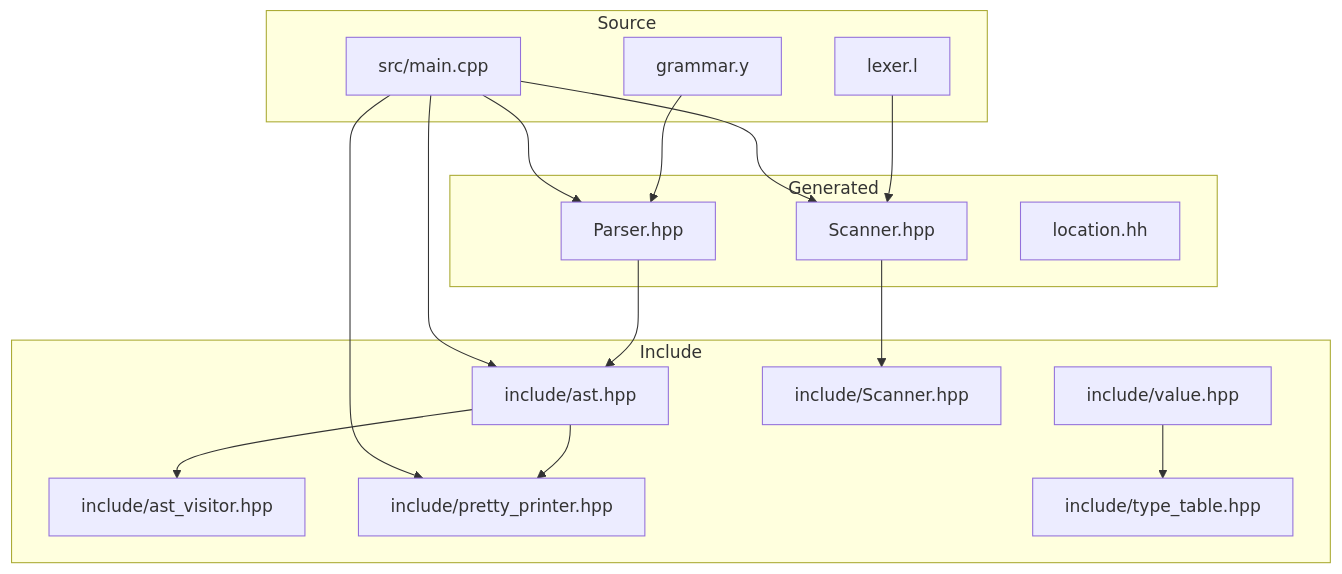
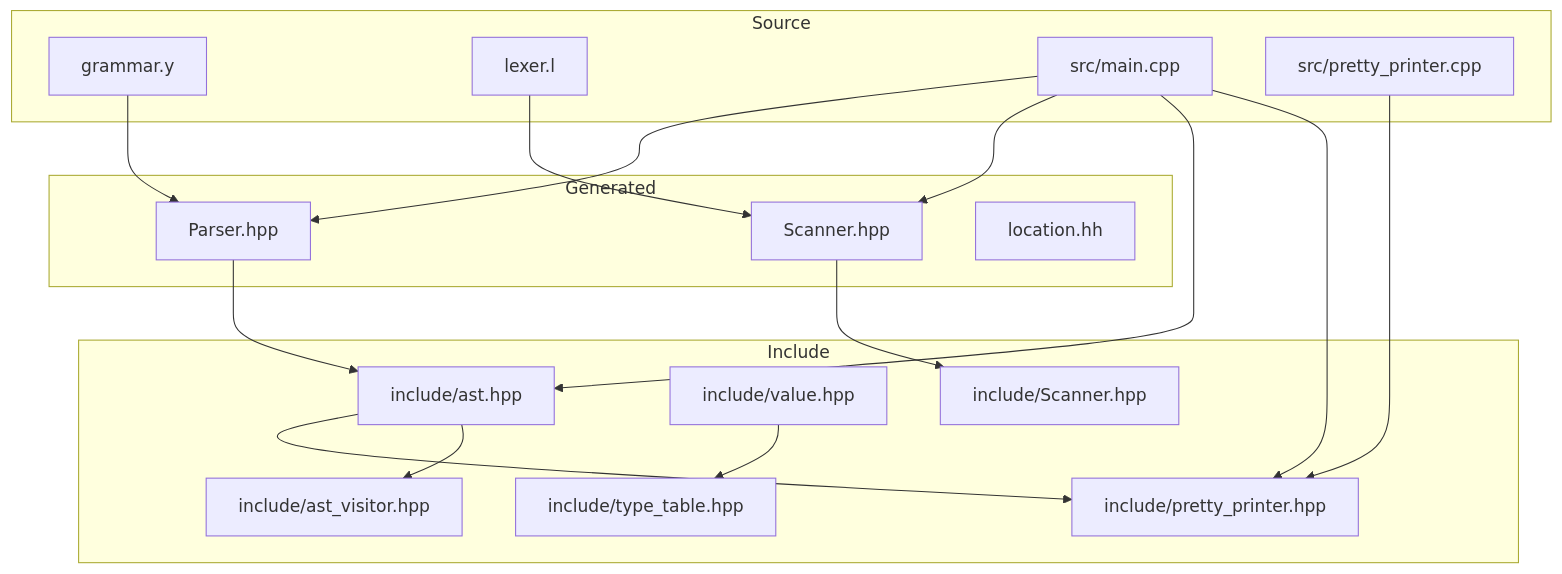
The first of 4 diagrams in .qoder/repowiki/en/content/Language Specification.md (littlebirds/modern_bision), drawn with Mermaid before and after one commit. The commit also changed other lines of this file and 7 other files, not shown here.

````diff
--- a/.qoder/repowiki/en/content/Language Specification.md
+++ b/.qoder/repowiki/en/content/Language Specification.md
@@ -36,32 +39,34 @@
 ```mermaid
 graph TB
 subgraph "Source"
 G["grammar.y"]
 L["lexer.l"]
 M["src/main.cpp"]
+PP["src/pretty_printer.cpp"]
 end
 subgraph "Generated"
 P["Parser.hpp"]
 S["Scanner.hpp"]
 LOC["location.hh"]
 end
 subgraph "Include"
 AST["include/ast.hpp"]
 AV["include/ast_visitor.hpp"]
-PP["include/pretty_printer.hpp"]
+PPH["include/pretty_printer.hpp"]
 VAL["include/value.hpp"]
 TT["include/type_table.hpp"]
 SC["include/Scanner.hpp"]
 end
 G --> P
 L --> S
 S --> SC
 P --> AST
-AST --> PP
+AST --> PPH
 AST --> AV
 VAL --> TT
 M --> P
 M --> S
 M --> AST
-M --> PP
+M --> PPH
+PP --> PPH
 ```
````
